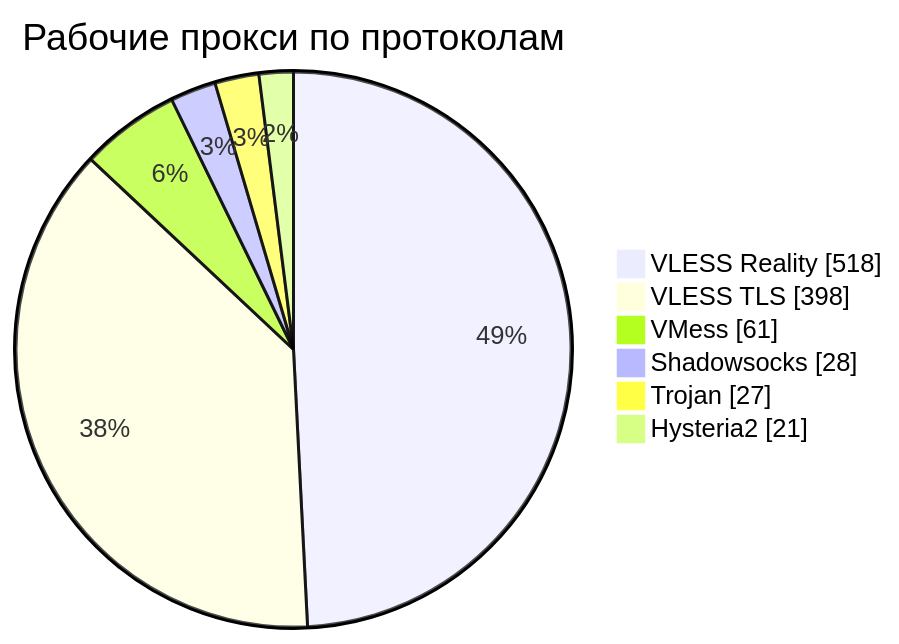
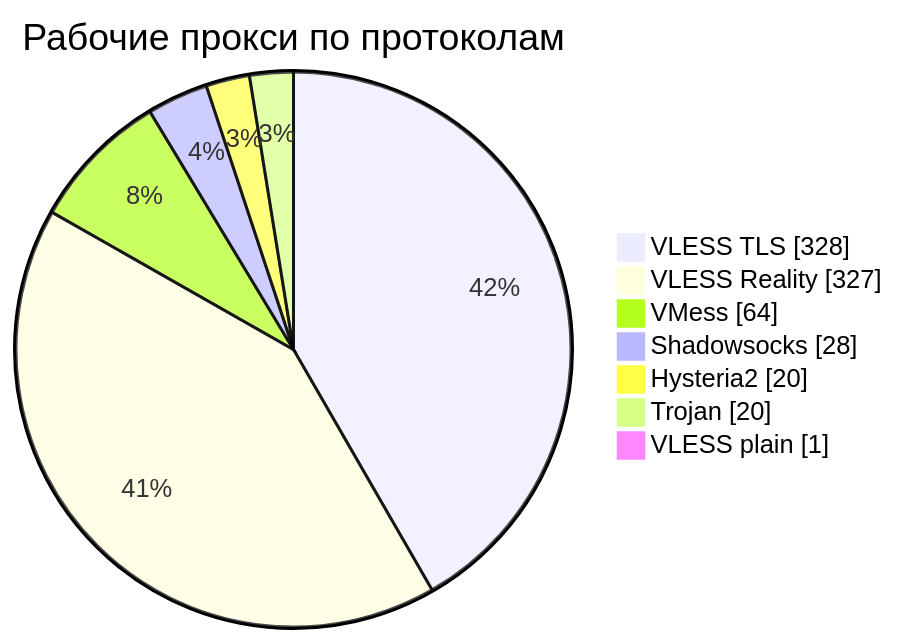
Before and after one commit to rvvg/proxy-subs: the third of 4 diagrams in README.md, drawn with Mermaid. The commit also changed other lines of this file and 50 other files, not shown here.

````diff
--- a/README.md
+++ b/README.md
@@ -140,10 +135,11 @@
 ```mermaid
 pie showData
     title Рабочие прокси по протоколам
-    "VLESS Reality" : 518
-    "VLESS TLS" : 398
-    "VMess" : 61
+    "VLESS TLS" : 328
+    "VLESS Reality" : 327
+    "VMess" : 64
     "Shadowsocks" : 28
-    "Trojan" : 27
-    "Hysteria2" : 21
+    "Hysteria2" : 20
+    "Trojan" : 20
+    "VLESS plain" : 1
 ```
````
